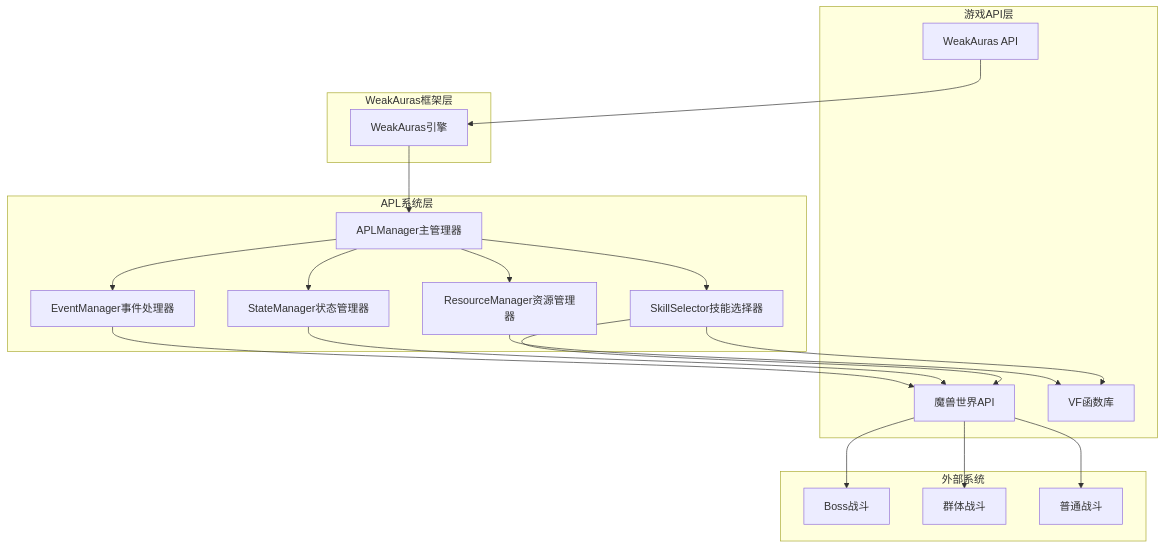
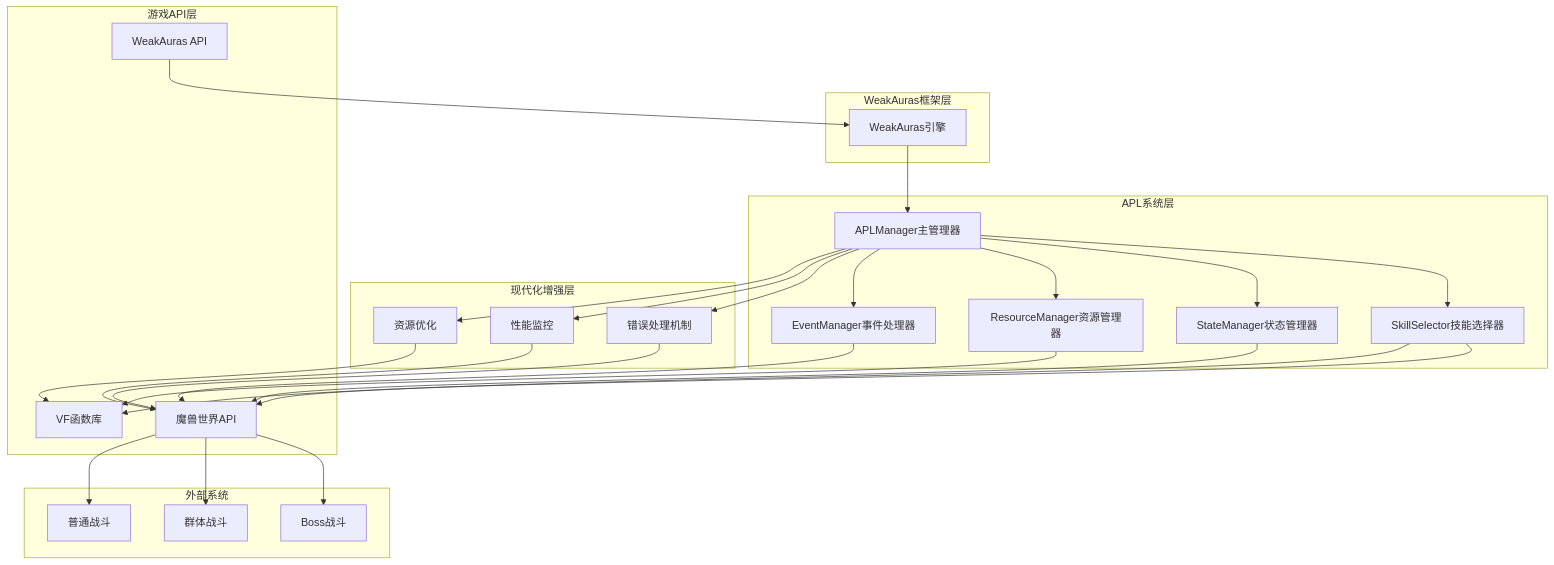
Before and after one commit to q89277718/WOW-For-MRF: the second of 8 diagrams in .qoder/repowiki/zh/content/技术架构/技术架构.md, drawn with Mermaid. The commit also changed other lines of this file and 61 other files, not shown here.

````diff
--- a/.qoder/repowiki/zh/content/技术架构/技术架构.md
+++ b/.qoder/repowiki/zh/content/技术架构/技术架构.md
@@ -86,37 +116,48 @@
 ```mermaid
 graph TB
 subgraph "WeakAuras框架层"
 WA[WeakAuras引擎]
 end
 subgraph "APL系统层"
 APL[APLManager主管理器]
 SEL[SkillSelector技能选择器]
 STA[StateManager状态管理器]
 RES[ResourceManager资源管理器]
 EVT[EventManager事件处理器]
+end
+subgraph "现代化增强层"
+ERR[错误处理机制]
+MON[性能监控]
+OPT[资源优化]
 end
 subgraph "游戏API层"
 API[魔兽世界API]
 VF[VF函数库]
 WA_API[WeakAuras API]
 end
 subgraph "外部系统"
 BOSS[Boss战斗]
 AOE[群体战斗]
 NORMAL[普通战斗]
 end
 WA --> APL
 APL --> SEL
 APL --> STA
 APL --> RES
 APL --> EVT
+APL --> ERR
+APL --> MON
+APL --> OPT
 SEL --> API
 SEL --> VF
 STA --> API
 RES --> VF
 EVT --> API
+ERR --> API
+MON --> API
+OPT --> VF
 API --> BOSS
 API --> AOE
 API --> NORMAL
 WA_API --> WA
 ```
````
